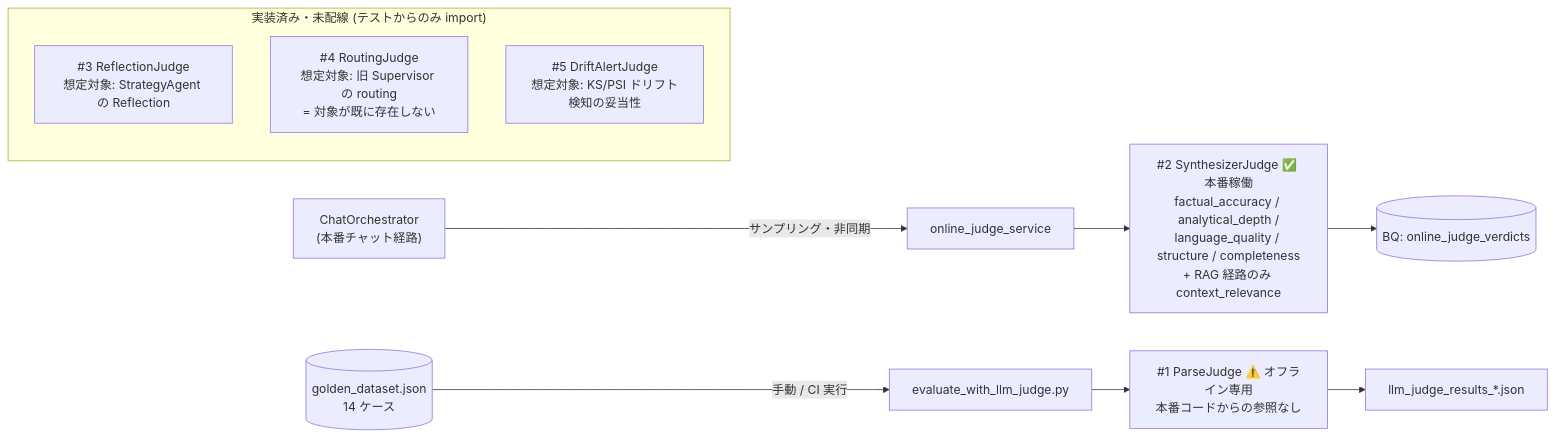
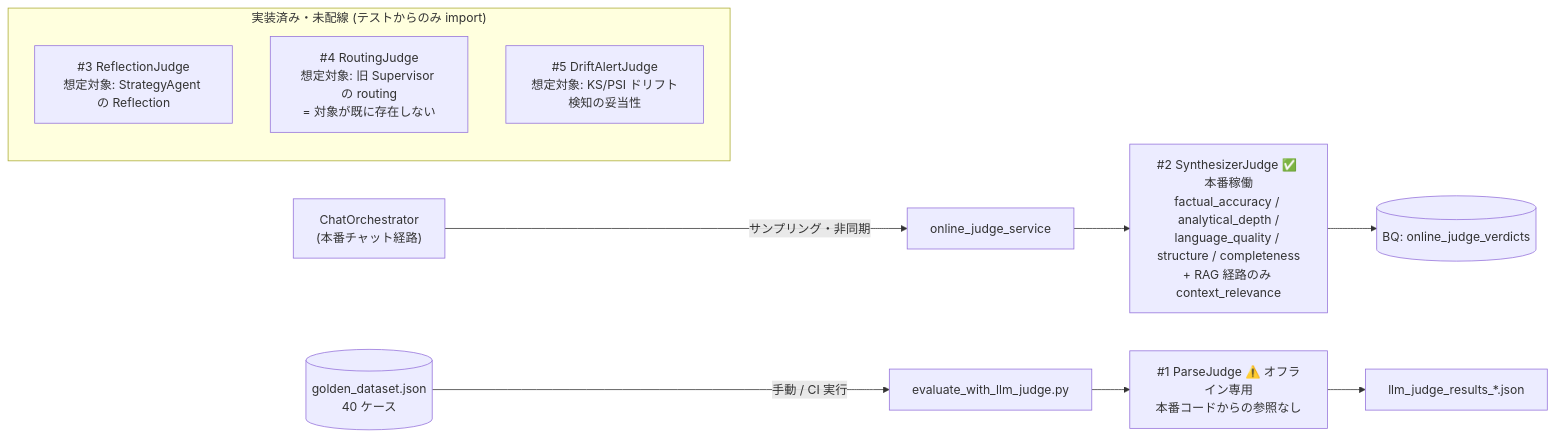
Before and after one commit to takeshimx/diamond-lens: the fourth of 8 diagrams in README_ai_architecture.md, drawn with Mermaid. The commit also changed other lines of this file and 10 other files, not shown here.

````diff
--- a/README_ai_architecture.md
+++ b/README_ai_architecture.md
@@ -330,16 +330,16 @@
 ```mermaid
 graph LR
     Chat["ChatOrchestrator<br/>(本番チャット経路)"] -->|サンプリング・非同期| OJ[online_judge_service]
     OJ --> J2["#2 SynthesizerJudge ✅ 本番稼働<br/>factual_accuracy / analytical_depth /<br/>language_quality / structure / completeness<br/>+ RAG 経路のみ context_relevance"]
     J2 --> BQV[(BQ: online_judge_verdicts)]
 
-    Golden[(golden_dataset.json<br/>14 ケース)] -->|手動 / CI 実行| Script[evaluate_with_llm_judge.py]
+    Golden[(golden_dataset.json<br/>40 ケース)] -->|手動 / CI 実行| Script[evaluate_with_llm_judge.py]
     Script --> J1["#1 ParseJudge ⚠️ オフライン専用<br/>本番コードからの参照なし"]
     J1 --> JSONOut[llm_judge_results_*.json]
 
     subgraph Dormant["実装済み・未配線 (テストからのみ import)"]
         J3["#3 ReflectionJudge<br/>想定対象: StrategyAgent の Reflection"]
         J4["#4 RoutingJudge<br/>想定対象: 旧 Supervisor の routing<br/>= 対象が既に存在しない"]
         J5["#5 DriftAlertJudge<br/>想定対象: KS/PSI ドリフト検知の妥当性"]
     end
 ```
````
